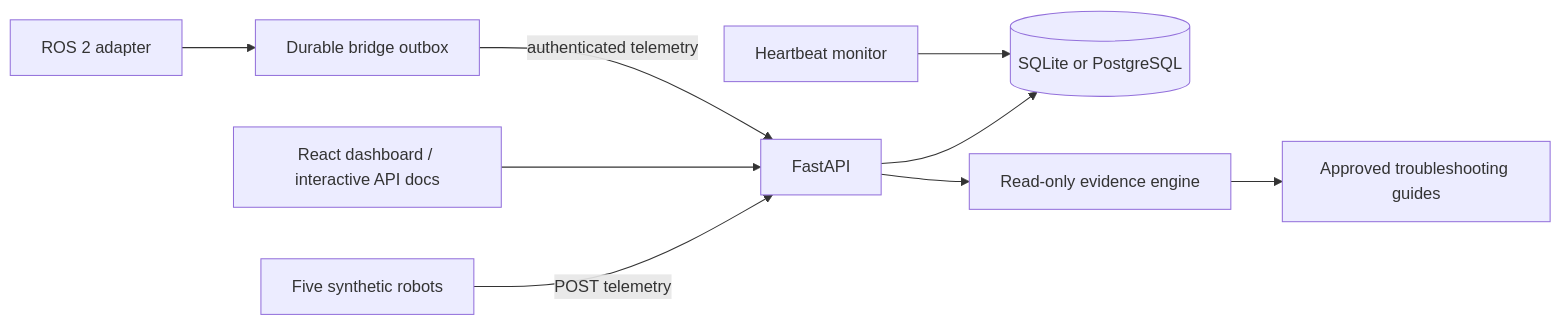
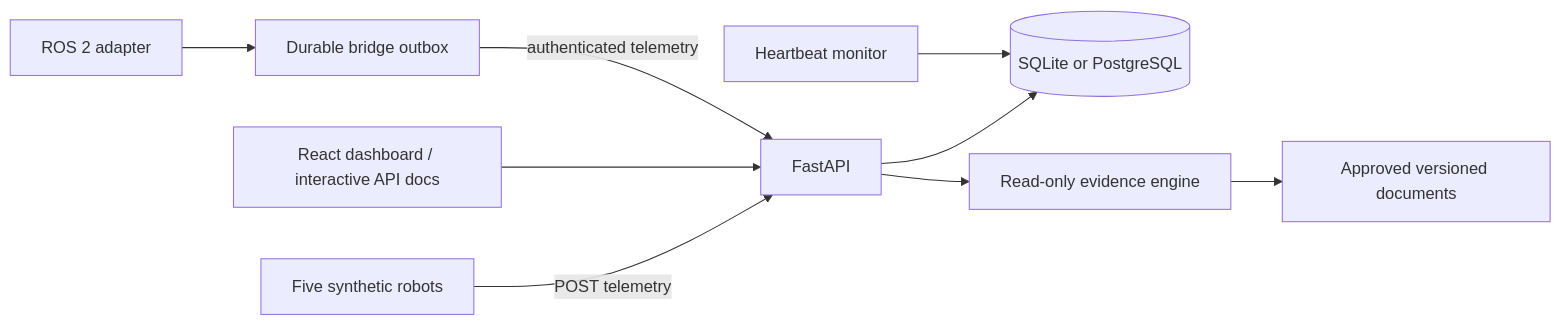
One commit to ParsaDj/ATLAS changed the diagram in docs/architecture.md. Above: the diagram before and after it, drawn with Mermaid. The commit also changed other lines of this file and 10 other files, not shown here.

````diff
--- a/docs/architecture.md
+++ b/docs/architecture.md
@@ -3,11 +3,11 @@
 ```mermaid
 flowchart LR
   Simulator[Five synthetic robots] -->|POST telemetry| API[FastAPI]
   API --> DB[(SQLite or PostgreSQL)]
   API --> Investigator[Read-only evidence engine]
-  Investigator --> Guides[Approved troubleshooting guides]
+  Investigator --> Guides[Approved versioned documents]
   Monitor[Heartbeat monitor] --> DB
   Operator[React dashboard / interactive API docs] --> API
   ROS[ROS 2 adapter] --> Outbox[Durable bridge outbox]
   Outbox -->|authenticated telemetry| API
 ```
````
